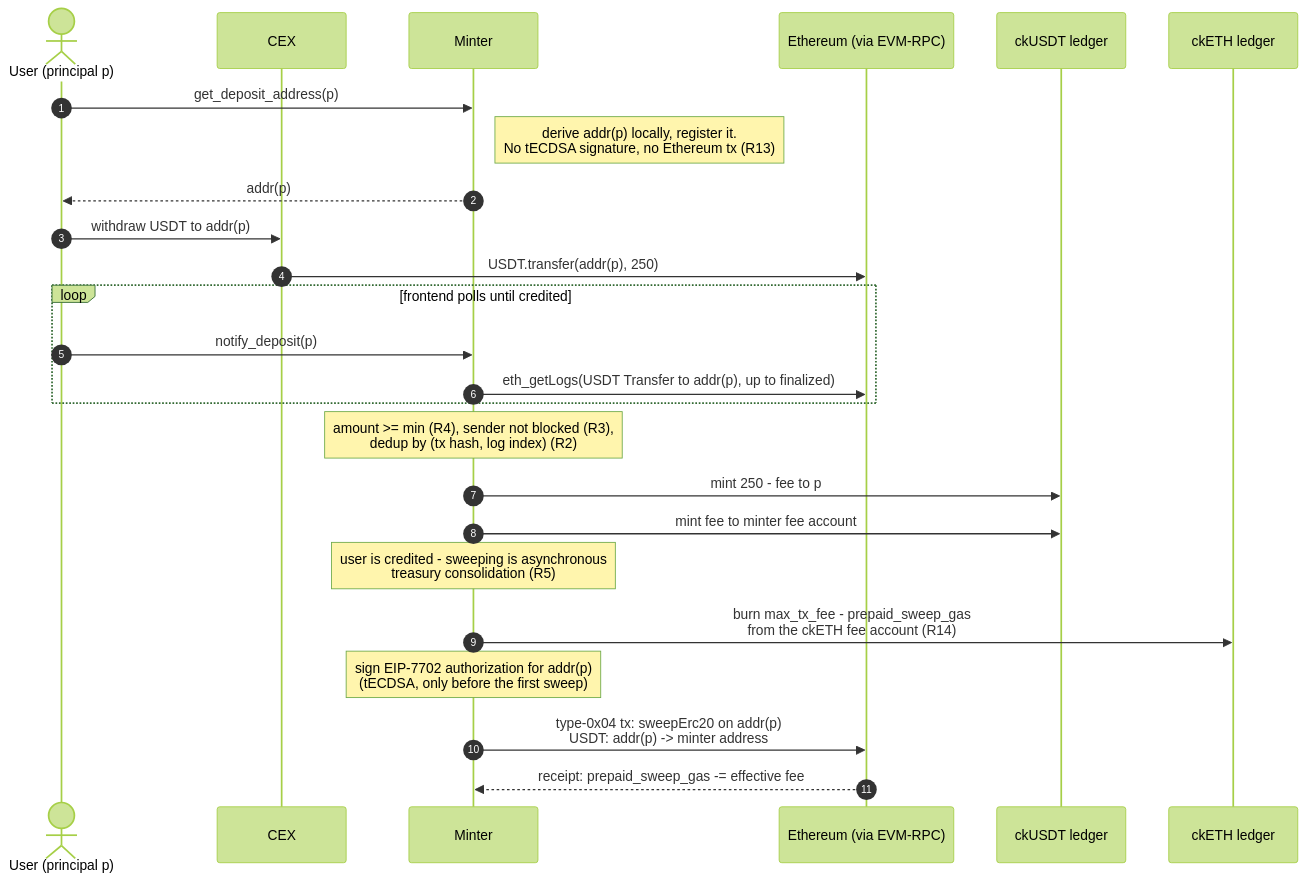
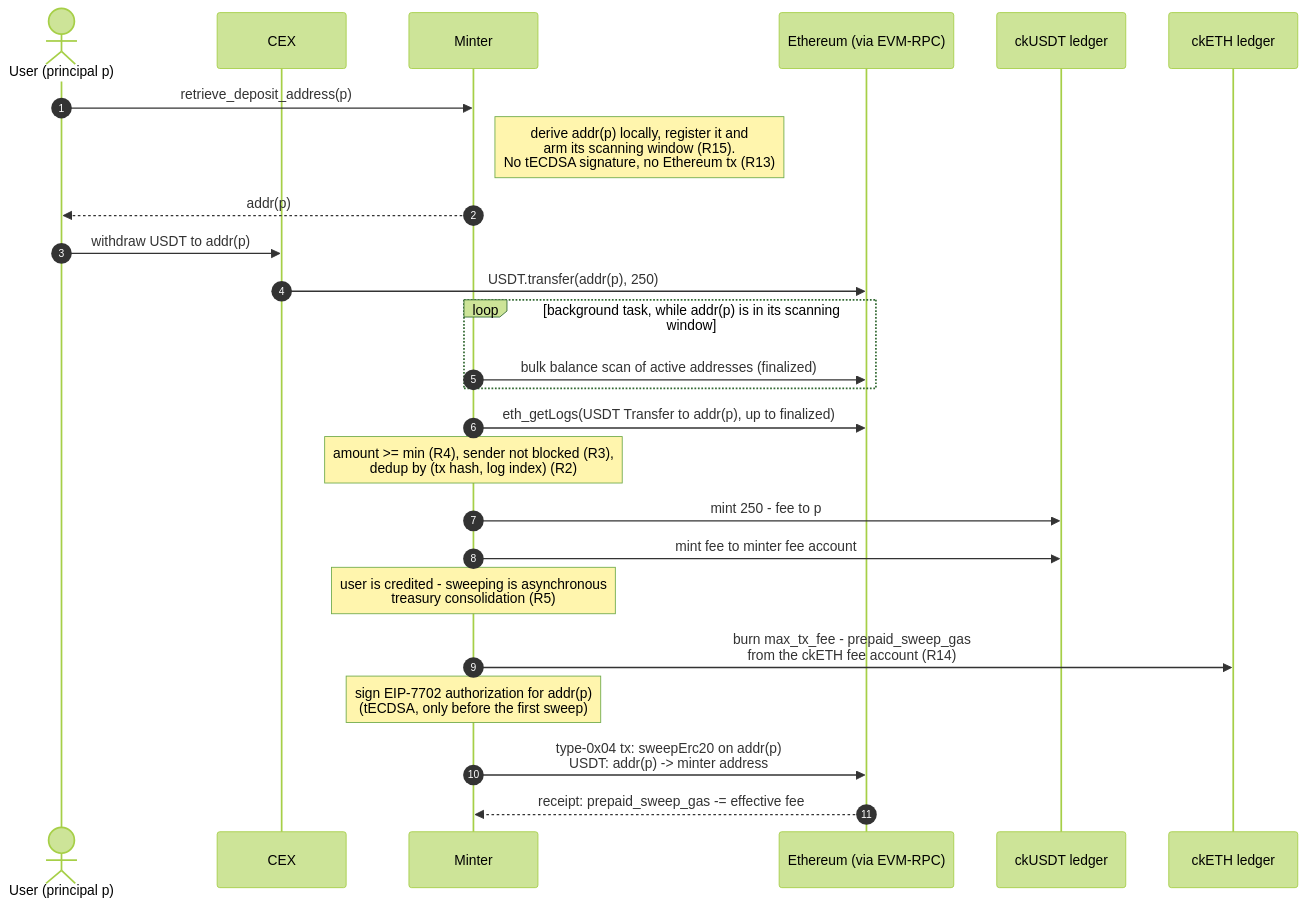
One commit to dfinity/ic changed the first of 3 diagrams in rs/ethereum/cketh/docs/deposit_from_cex.md. Above: the diagram before and after it, drawn with Mermaid (forest theme). The commit also changed other lines of this file, not shown here.

First line of the commit message:
docs: reorganize design doc into one section per flow step

````diff
--- a/rs/ethereum/cketh/docs/deposit_from_cex.md
+++ b/rs/ethereum/cketh/docs/deposit_from_cex.md
@@ -282,28 +182,28 @@
 ```mermaid
 sequenceDiagram
     autonumber
     actor User as User (principal p)
     participant CEX
     participant Minter
     participant Eth as Ethereum (via EVM-RPC)
     participant CkUsdtLedger as ckUSDT ledger
     participant CkEthLedger as ckETH ledger
 
-    User->>Minter: get_deposit_address(p)
-    Note right of Minter: derive addr(p) locally, register it.<br/>No tECDSA signature, no Ethereum tx (R13)
+    User->>Minter: retrieve_deposit_address(p)
+    Note right of Minter: derive addr(p) locally, register it and<br/>arm its scanning window (R15).<br/>No tECDSA signature, no Ethereum tx (R13)
     Minter-->>User: addr(p)
     User->>CEX: withdraw USDT to addr(p)
     CEX->>Eth: USDT.transfer(addr(p), 250)
-    loop frontend polls until credited
-        User->>Minter: notify_deposit(p)
-        Minter->>Eth: eth_getLogs(USDT Transfer to addr(p), up to finalized)
+    loop background task, while addr(p) is in its scanning window
+        Minter->>Eth: bulk balance scan of active addresses (finalized)
     end
+    Minter->>Eth: eth_getLogs(USDT Transfer to addr(p), up to finalized)
     Note over Minter: amount >= min (R4), sender not blocked (R3),<br/>dedup by (tx hash, log index) (R2)
     Minter->>CkUsdtLedger: mint 250 - fee to p
     Minter->>CkUsdtLedger: mint fee to minter fee account
     Note over Minter: user is credited - sweeping is asynchronous<br/>treasury consolidation (R5)
     Minter->>CkEthLedger: burn max_tx_fee - prepaid_sweep_gas<br/>from the ckETH fee account (R14)
     Note over Minter: sign EIP-7702 authorization for addr(p)<br/>(tECDSA, only before the first sweep)
     Minter->>Eth: type-0x04 tx: sweepErc20 on addr(p)<br/>USDT: addr(p) -> minter address
     Eth-->>Minter: receipt: prepaid_sweep_gas -= effective fee
 ```
````
